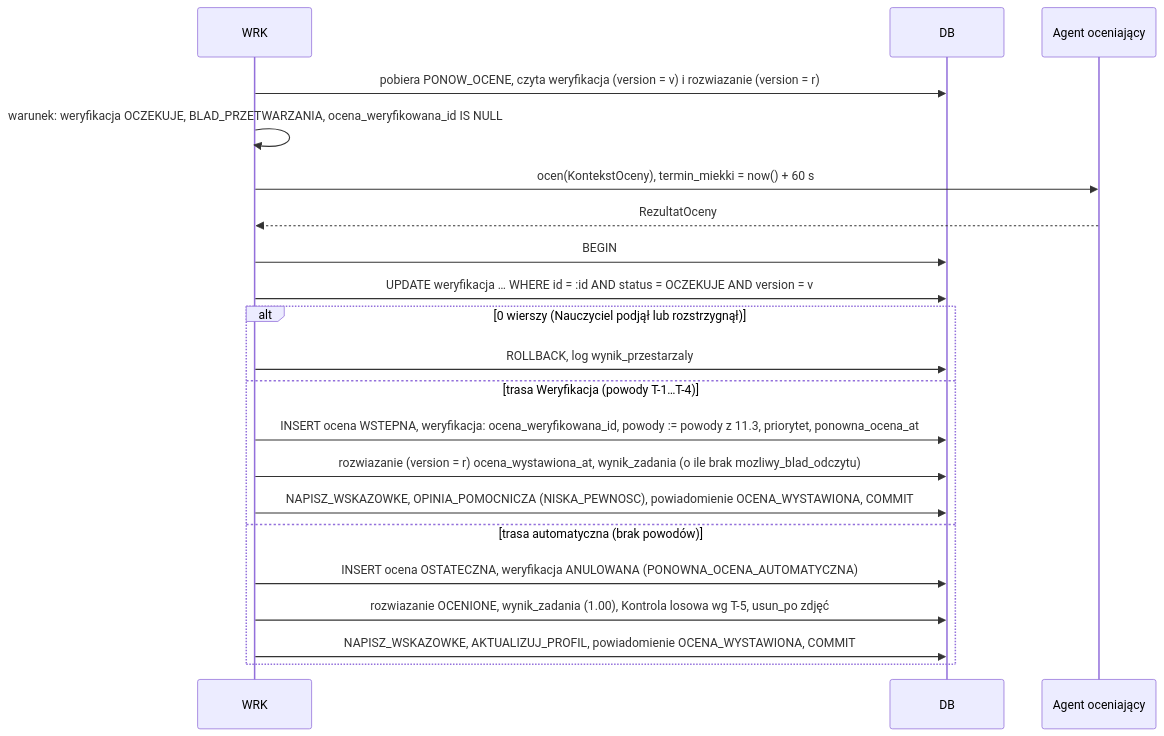
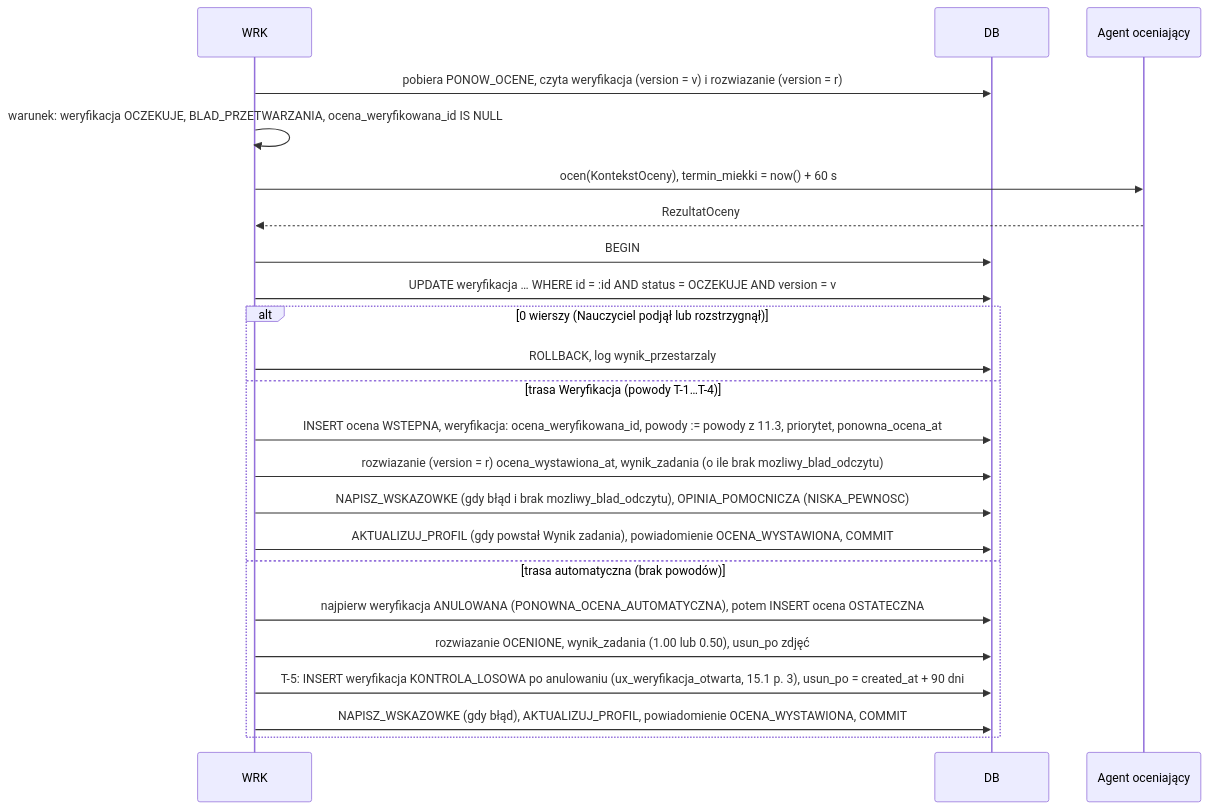
Diagram 24 of 25 in docs/ARCHITECTURE_DETAILED.md (misterekkk/lemat), drawn with Mermaid before and after one commit. The commit also changed other lines of this file, not shown here.

First line of the commit message:
docs(architecture): iteration 1 architect pass — v2.1 addressing C1 critique

````diff
--- a/docs/ARCHITECTURE_DETAILED.md
+++ b/docs/ARCHITECTURE_DETAILED.md
@@ -2169,23 +2267,25 @@
 ```mermaid
 sequenceDiagram
     participant WRK
     participant DB
     participant OCE as Agent oceniający
     WRK->>DB: pobiera PONOW_OCENE, czyta weryfikacja (version = v) i rozwiazanie (version = r)
     WRK->>WRK: warunek: weryfikacja OCZEKUJE, BLAD_PRZETWARZANIA, ocena_weryfikowana_id IS NULL
     WRK->>OCE: ocen(KontekstOceny), termin_miekki = now() + 60 s
     OCE-->>WRK: RezultatOceny
     WRK->>DB: BEGIN
     WRK->>DB: UPDATE weryfikacja … WHERE id = :id AND status = OCZEKUJE AND version = v
     alt 0 wierszy (Nauczyciel podjął lub rozstrzygnął)
         WRK->>DB: ROLLBACK, log wynik_przestarzaly
     else trasa Weryfikacja (powody T-1…T-4)
         WRK->>DB: INSERT ocena WSTEPNA, weryfikacja: ocena_weryfikowana_id, powody := powody z 11.3, priorytet, ponowna_ocena_at
         WRK->>DB: rozwiazanie (version = r) ocena_wystawiona_at, wynik_zadania (o ile brak mozliwy_blad_odczytu)
-        WRK->>DB: NAPISZ_WSKAZOWKE, OPINIA_POMOCNICZA (NISKA_PEWNOSC), powiadomienie OCENA_WYSTAWIONA, COMMIT
+        WRK->>DB: NAPISZ_WSKAZOWKE (gdy błąd i brak mozliwy_blad_odczytu), OPINIA_POMOCNICZA (NISKA_PEWNOSC)
+        WRK->>DB: AKTUALIZUJ_PROFIL (gdy powstał Wynik zadania), powiadomienie OCENA_WYSTAWIONA, COMMIT
     else trasa automatyczna (brak powodów)
-        WRK->>DB: INSERT ocena OSTATECZNA, weryfikacja ANULOWANA (PONOWNA_OCENA_AUTOMATYCZNA)
-        WRK->>DB: rozwiazanie OCENIONE, wynik_zadania (1.00), Kontrola losowa wg T-5, usun_po zdjęć
-        WRK->>DB: NAPISZ_WSKAZOWKE, AKTUALIZUJ_PROFIL, powiadomienie OCENA_WYSTAWIONA, COMMIT
+        WRK->>DB: najpierw weryfikacja ANULOWANA (PONOWNA_OCENA_AUTOMATYCZNA), potem INSERT ocena OSTATECZNA
+        WRK->>DB: rozwiazanie OCENIONE, wynik_zadania (1.00 lub 0.50), usun_po zdjęć
+        WRK->>DB: T-5: INSERT weryfikacja KONTROLA_LOSOWA po anulowaniu (ux_weryfikacja_otwarta, 15.1 p. 3), usun_po = created_at + 90 dni
+        WRK->>DB: NAPISZ_WSKAZOWKE (gdy błąd), AKTUALIZUJ_PROFIL, powiadomienie OCENA_WYSTAWIONA, COMMIT
     end
 ```
````
